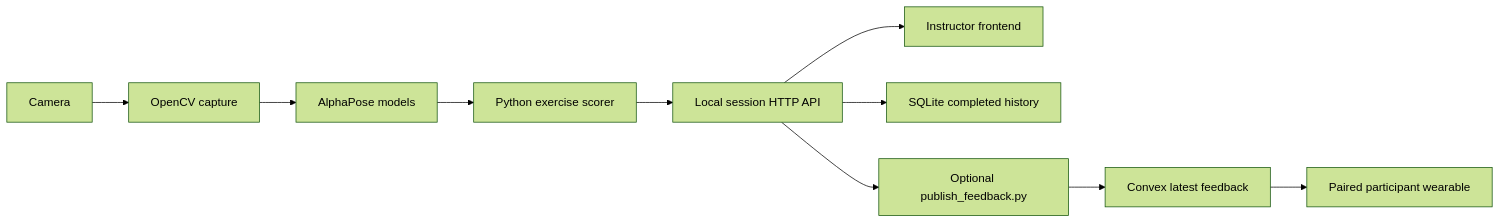
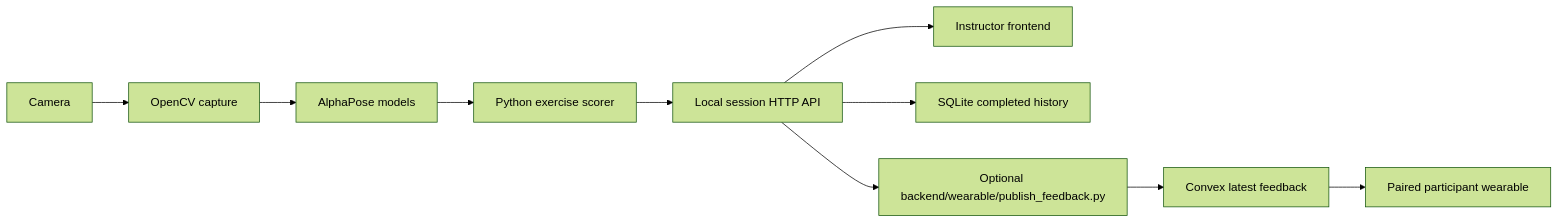
One commit to Github11200/ECE-198 changed the diagram in docs/FRONTEND_API.md. Above: the diagram before and after it, drawn with Mermaid (forest theme). The commit also changed other lines of this file and 38 other files, not shown here.

````diff
--- a/docs/FRONTEND_API.md
+++ b/docs/FRONTEND_API.md
@@ -7,12 +7,12 @@
 ```mermaid
 flowchart LR
     Camera[Camera] --> CV[OpenCV capture]
     CV --> AP[AlphaPose models]
     AP --> Score[Python exercise scorer]
     Score --> API[Local session HTTP API]
     API --> UI[Instructor frontend]
     API --> SQLite[SQLite completed history]
-    API --> Relay[Optional publish_feedback.py]
+    API --> Relay[Optional backend/wearable/publish_feedback.py]
     Relay --> Convex[Convex latest feedback]
     Convex --> Band[Paired participant wearable]
 ```
````
